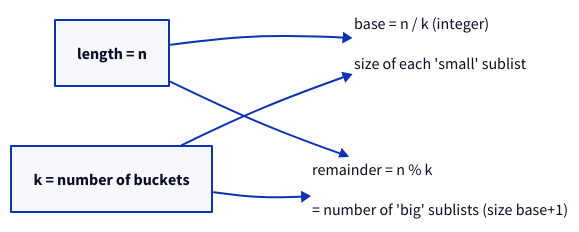
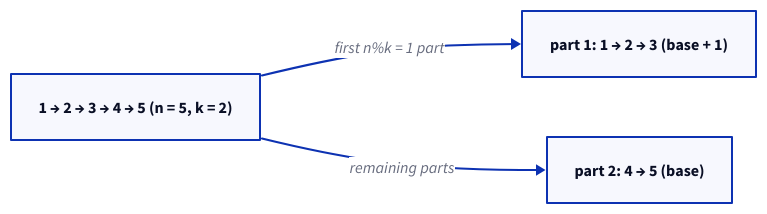
Before and after one commit to ani2fun/codefolio: the diagram in content/cortex/data-structures-and-algorithms/02-linear-structures/03-singly-linked-list/11-pattern-split/01-pattern.md, drawn with D2. The commit also changed other lines of this file and 1049 other files, not shown here.

````diff
--- a/content/cortex/data-structures-and-algorithms/02-linear-structures/03-singly-linked-list/11-pattern-split/01-pattern.md
+++ b/content/cortex/data-structures-and-algorithms/02-linear-structures/03-singly-linked-list/11-pattern-split/01-pattern.md
@@ -274,19 +63,8 @@
 ```d2
 direction: right
-length: "length = n"
-k: "k = number of buckets"
-base: |md
-  base = n / k (integer)
-
-  size of each 'small' sublist
-|
-rem: |md
-  remainder = n % k
-
-  = number of 'big' sublists (size base+1)
-|
-length -> base
-k -> base
-length -> rem
-k -> rem
+full: "1 → 2 → 3 → 4 → 5   (n = 5, k = 2)"
+p1: "part 1:  1 → 2 → 3   (base + 1)"
+p2: "part 2:  4 → 5   (base)"
+full -> p1: "first n%k = 1 part"
+full -> p2: "remaining parts"
 ```
````
